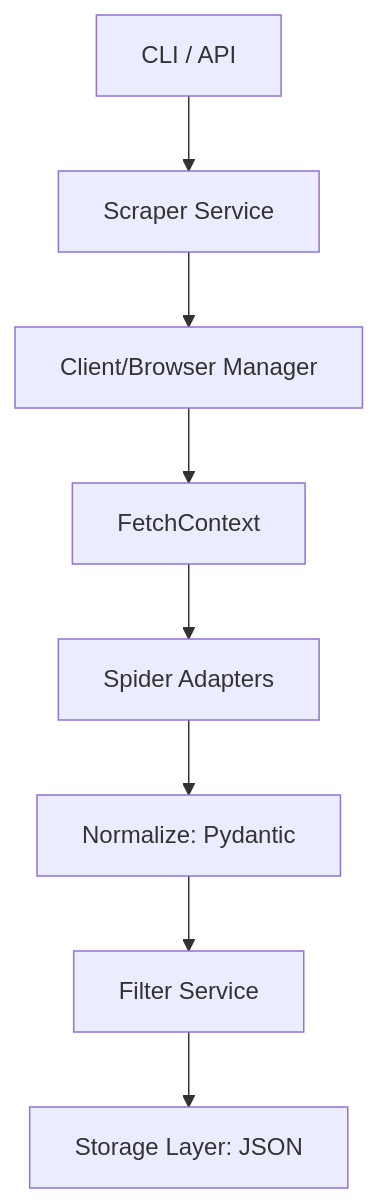
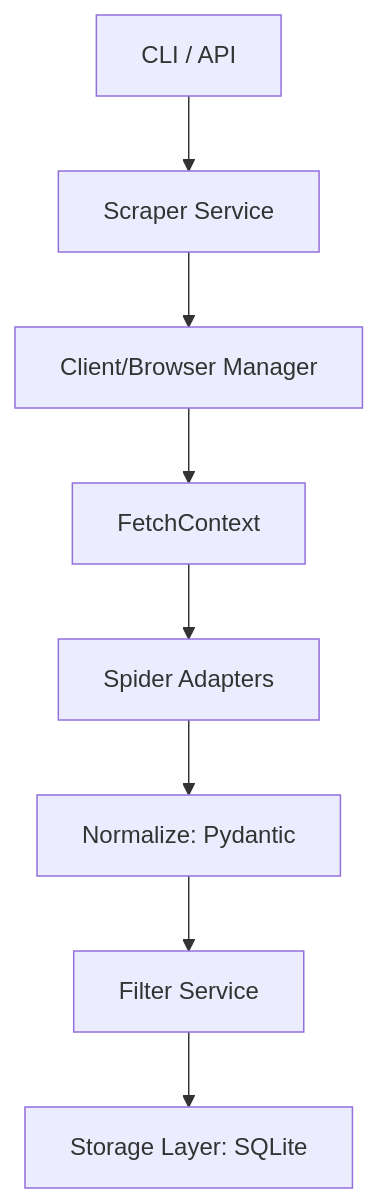
The diagram in README.md (nadavzhr/arachne), drawn with Mermaid before and after one commit. The commit also changed other lines of this file and 7 other files, not shown here.

Commit message:
feat: implement sqlite storage with deduplication and update docs

````diff
--- a/README.md
+++ b/README.md
@@ -87,10 +87,10 @@
 ```mermaid
 graph TD
     CLI[CLI / API] --> Scraper[Scraper Service]
     Scraper --> ClientMgr[Client/Browser Manager]
     ClientMgr --> FetchCtx[FetchContext]
     FetchCtx --> Spider[Spider Adapters]
     Spider --> Normalize[Normalize: Pydantic]
     Normalize --> Filter[Filter Service]
-    Filter --> Storage[Storage Layer: JSON]
+    Filter --> Storage[Storage Layer: SQLite]
 ```
````
